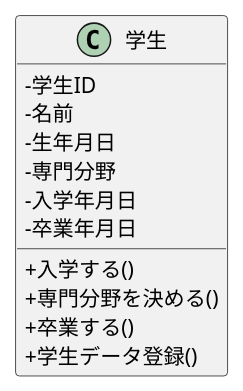
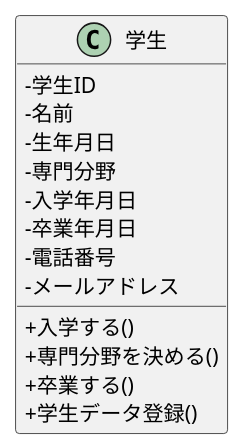
One commit to kmm2459342/ohara_uml changed the diagram in 05_web_ronbun/class.pu. Above: the diagram before and after it, drawn with PlantUML. The commit also changed 7 other files, not shown here.

```diff
--- a/05_web_ronbun/class.pu
+++ b/05_web_ronbun/class.pu
@@ -1,17 +1,19 @@
 @startuml
 skinparam classAttributeIconSize 0
 class 学生 {
  -学生ID
  -名前
  -生年月日
  -専門分野
  -入学年月日
  -卒業年月日
+ -電話番号
+ -メールアドレス
  +入学する()
  +専門分野を決める()
  +卒業する()
  'シーケンス図をもとに追加
  +学生データ登録()
 }
 
 @enduml
```
